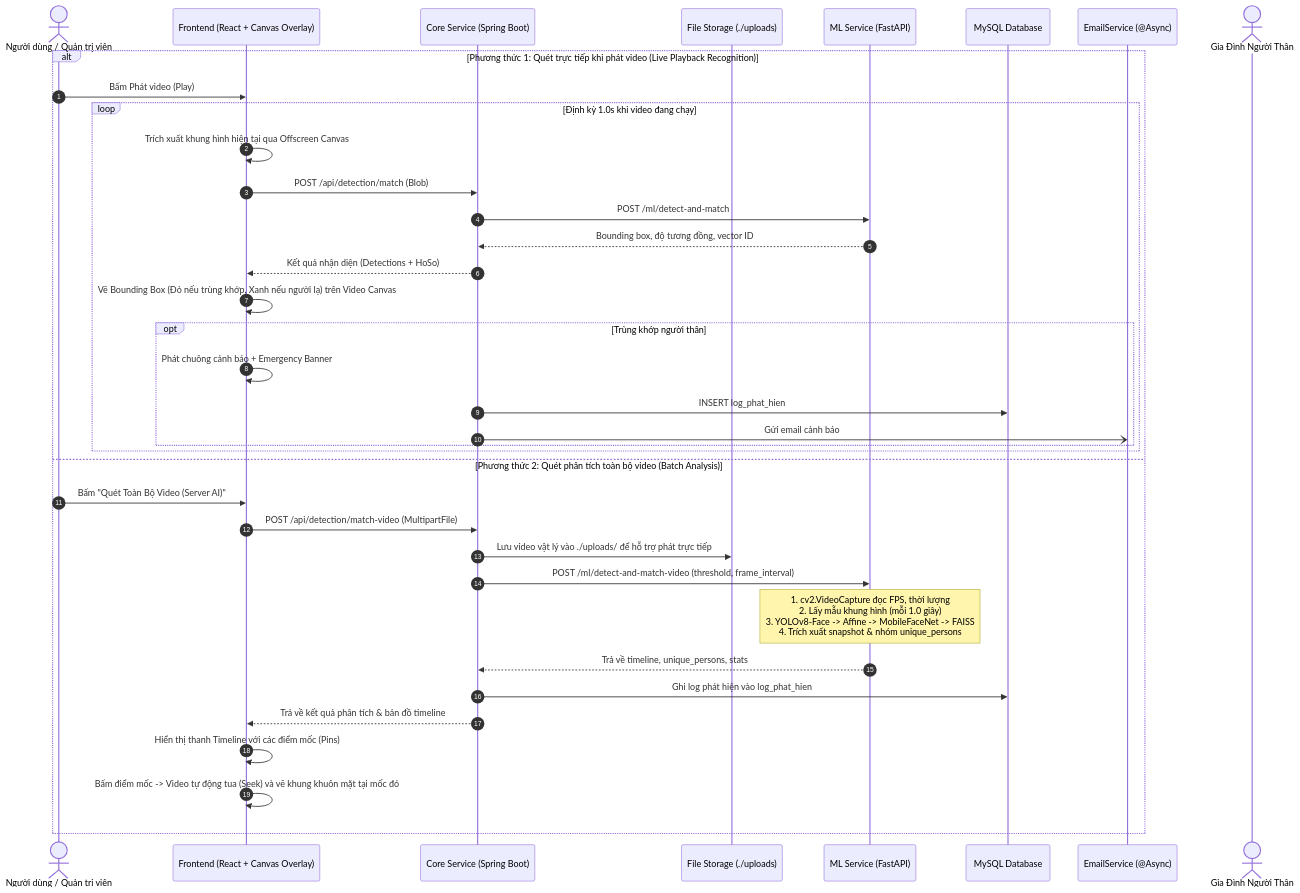
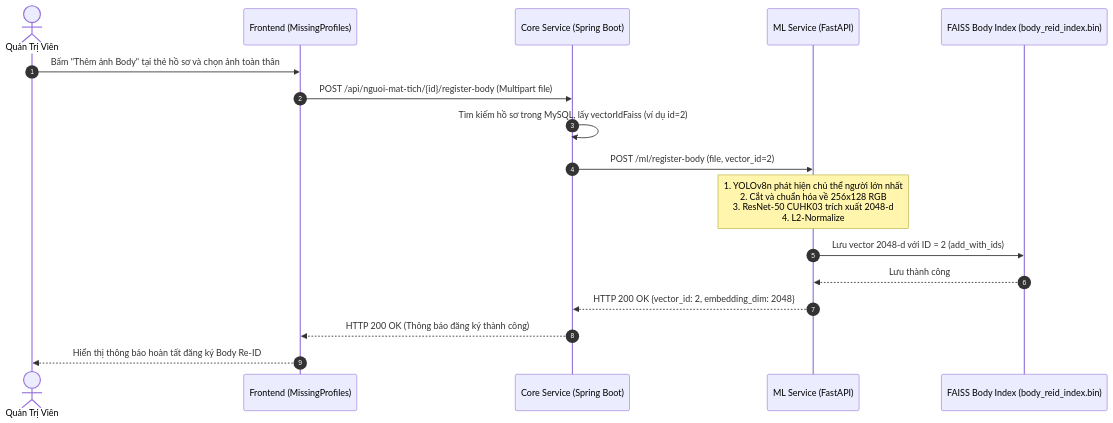
One commit to hansnam/Person_Recognition changed the fifth of 5 diagrams in ARCHITECTURE.md. Above: the diagram before and after it, drawn with Mermaid. The commit also changed other lines of this file and 66 other files, not shown here.

````diff
--- a/ARCHITECTURE.md
+++ b/ARCHITECTURE.md
@@ -321,40 +370,20 @@
 ```mermaid
 sequenceDiagram
     autonumber
-    actor User as Người dùng / Quản trị viên
-    participant FE as Frontend (React + Canvas Overlay)
+    actor Admin as Quản Trị Viên
+    participant FE as Frontend (MissingProfiles)
     participant Core as Core Service (Spring Boot)
-    participant FS as File Storage (./uploads)
     participant ML as ML Service (FastAPI)
-    participant DB as MySQL Database
-    participant Email as EmailService (@Async)
-    actor Family as Gia Đình Người Thân
+    participant FAISS_B as FAISS Body Index (body_reid_index.bin)
 
-    alt Phương thức 1: Quét trực tiếp khi phát video (Live Playback Recognition)
-        User->>FE: Bấm Phát video (Play)
-        loop Định kỳ 1.0s khi video đang chạy
-            FE->>FE: Trích xuất khung hình hiện tại qua Offscreen Canvas
-            FE->>Core: POST /api/detection/match (Blob)
-            Core->>ML: POST /ml/detect-and-match
-            ML-->>Core: Bounding box, độ tương đồng, vector ID
-            Core-->>FE: Kết quả nhận diện (Detections + HoSo)
-            FE->>FE: Vẽ Bounding Box (Đỏ nếu trùng khớp, Xanh nếu người lạ) trên Video Canvas
-            opt Trùng khớp người thân
-                FE->>FE: Phát chuông cảnh báo + Emergency Banner
-                Core->>DB: INSERT log_phat_hien
-                Core-)Email: Gửi email cảnh báo
-            end
-        end
-    else Phương thức 2: Quét phân tích toàn bộ video (Batch Analysis)
-        User->>FE: Bấm "Quét Toàn Bộ Video (Server AI)"
-        FE->>Core: POST /api/detection/match-video (MultipartFile)
-        Core->>FS: Lưu video vật lý vào ./uploads/ để hỗ trợ phát trực tiếp
-        Core->>ML: POST /ml/detect-and-match-video (threshold, frame_interval)
-        Note over ML: 1. cv2.VideoCapture đọc FPS, thời lượng<br/>2. Lấy mẫu khung hình (mỗi 1.0 giây)<br/>3. YOLOv8-Face -> Affine -> MobileFaceNet -> FAISS<br/>4. Trích xuất snapshot & nhóm unique_persons
-        ML-->>Core: Trả về timeline, unique_persons, stats
-        Core->>DB: Ghi log phát hiện vào log_phat_hien
-        Core-->>FE: Trả về kết quả phân tích & bản đồ timeline
-        FE->>FE: Hiển thị thanh Timeline với các điểm mốc (Pins)
-        FE->>FE: Bấm điểm mốc -> Video tự động tua (Seek) và vẽ khung khuôn mặt tại mốc đó
-    end
+    Admin->>FE: Bấm "Thêm ảnh Body" tại thẻ hồ sơ và chọn ảnh toàn thân
+    FE->>Core: POST /api/nguoi-mat-tich/{id}/register-body (Multipart file)
+    Core->>Core: Tìm kiếm hồ sơ trong MySQL, lấy vectorIdFaiss (ví dụ id=2)
+    Core->>ML: POST /ml/register-body (file, vector_id=2)
+    Note over ML: 1. YOLOv8n phát hiện chủ thể người lớn nhất<br/>2. Cắt và chuẩn hóa về 256x128 RGB<br/>3. ResNet-50 CUHK03 trích xuất 2048-d<br/>4. L2-Normalize
+    ML->>FAISS_B: Lưu vector 2048-d với ID = 2 (add_with_ids)
+    FAISS_B-->>ML: Lưu thành công
+    ML-->>Core: HTTP 200 OK {vector_id: 2, embedding_dim: 2048}
+    Core-->>FE: HTTP 200 OK (Thông báo đăng ký thành công)
+    FE-->>Admin: Hiển thị thông báo hoàn tất đăng ký Body Re-ID
 ```
````
